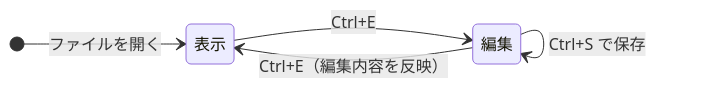
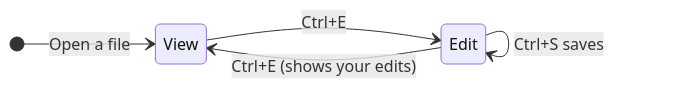
One commit to muraken720/mdviewer changed the fourth of 4 diagrams in docs/manual/README.md. Above: the diagram before and after it, drawn with Mermaid. The commit also changed other lines of this file and 21 other files, not shown here.

````diff
--- a/docs/manual/README.md
+++ b/docs/manual/README.md
@@ -227,8 +227,8 @@
 ```mermaid
 stateDiagram-v2
     direction LR
-    [*] --> 表示: ファイルを開く
-    表示 --> 編集: Ctrl+E
-    編集 --> 表示: Ctrl+E（編集内容を反映）
-    編集 --> 編集: Ctrl+S で保存
+    [*] --> View: Open a file
+    View --> Edit: Ctrl+E
+    Edit --> View: Ctrl+E (shows your edits)
+    Edit --> Edit: Ctrl+S saves
 ```
````
